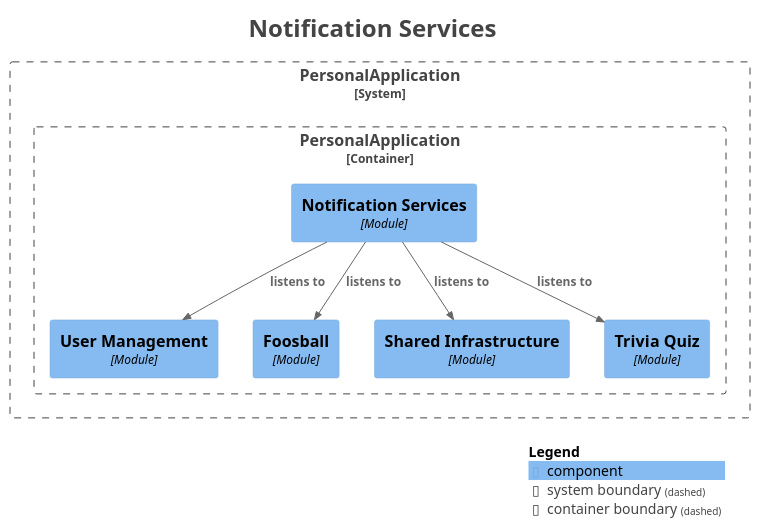
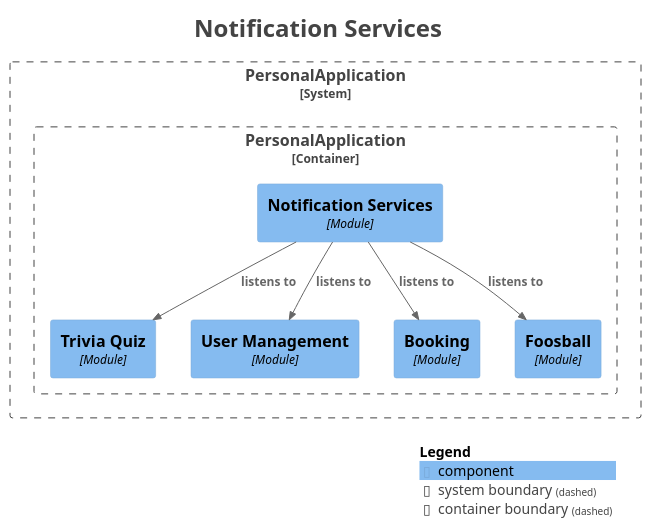
The diagram in docs/modulith/module-notification.puml (SnapPetal/PersonalWeb), drawn with PlantUML before and after one commit. The commit also changed 12 other files, not shown here.

First line of the commit message:
refactor: move booking events from shared to booking.api, delete shared.events

```diff
--- a/docs/modulith/module-notification.puml
+++ b/docs/modulith/module-notification.puml
@@ -1,36 +1,36 @@
 @startuml
 title <size:24>Notification Services</size>
 
 set separator none
 top to bottom direction
 
 <style>
   root {
     BackgroundColor: #ffffff
     FontColor: #444444
   }
 </style>
 
 !include <C4/C4>
 !include <C4/C4_Context>
 !include <C4/C4_Component>
 
 System_Boundary("PersonalApplication_boundary", "PersonalApplication", $tags="") {
   Container_Boundary("PersonalApplication.PersonalApplication_boundary", "PersonalApplication", $tags="") {
+    Component(PersonalApplication.PersonalApplication.TriviaQuiz, "Trivia Quiz", $techn="Module", $descr="", $tags="", $link="")
     Component(PersonalApplication.PersonalApplication.UserManagement, "User Management", $techn="Module", $descr="", $tags="", $link="")
     Component(PersonalApplication.PersonalApplication.NotificationServices, "Notification Services", $techn="Module", $descr="", $tags="", $link="")
+    Component(PersonalApplication.PersonalApplication.Booking, "Booking", $techn="Module", $descr="", $tags="", $link="")
     Component(PersonalApplication.PersonalApplication.Foosball, "Foosball", $techn="Module", $descr="", $tags="", $link="")
-    Component(PersonalApplication.PersonalApplication.SharedInfrastructure, "Shared Infrastructure", $techn="Module", $descr="", $tags="", $link="")
-    Component(PersonalApplication.PersonalApplication.TriviaQuiz, "Trivia Quiz", $techn="Module", $descr="", $tags="", $link="")
   }
 
 }
 
 Rel(PersonalApplication.PersonalApplication.NotificationServices, PersonalApplication.PersonalApplication.UserManagement, "listens to", $techn="", $tags="", $link="")
+Rel(PersonalApplication.PersonalApplication.NotificationServices, PersonalApplication.PersonalApplication.Foosball, "listens to", $techn="", $tags="", $link="")
 Rel(PersonalApplication.PersonalApplication.NotificationServices, PersonalApplication.PersonalApplication.TriviaQuiz, "listens to", $techn="", $tags="", $link="")
-Rel(PersonalApplication.PersonalApplication.NotificationServices, PersonalApplication.PersonalApplication.Foosball, "listens to", $techn="", $tags="", $link="")
-Rel(PersonalApplication.PersonalApplication.NotificationServices, PersonalApplication.PersonalApplication.SharedInfrastructure, "listens to", $techn="", $tags="", $link="")
+Rel(PersonalApplication.PersonalApplication.NotificationServices, PersonalApplication.PersonalApplication.Booking, "listens to", $techn="", $tags="", $link="")
 
 SHOW_LEGEND(true)
 hide stereotypes
 @enduml
```
